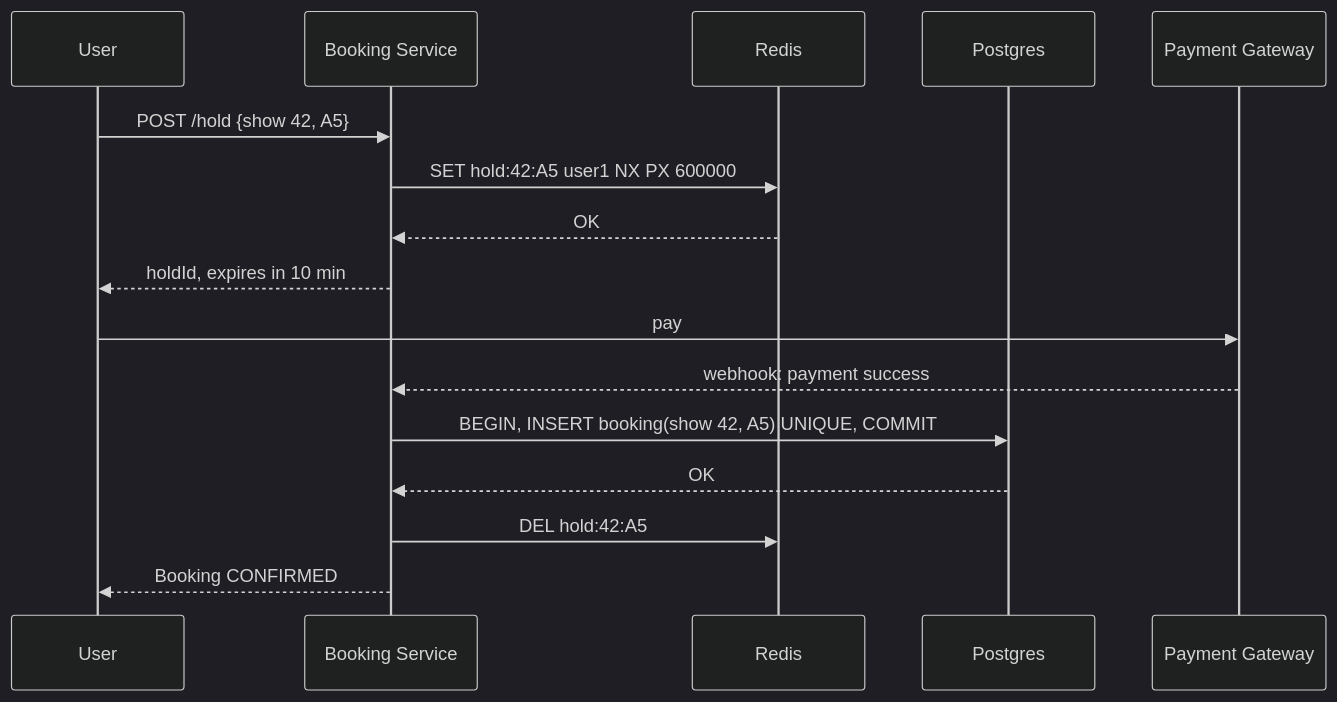
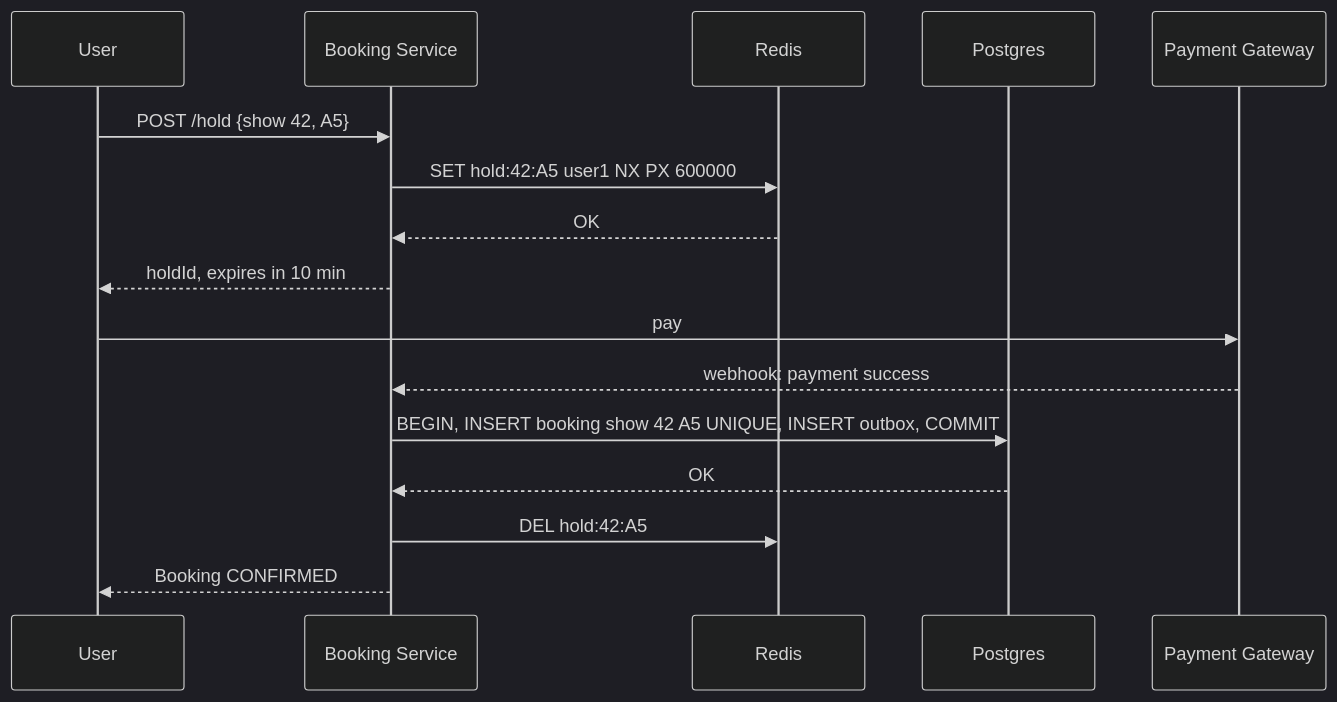
Before and after one commit to flow6979/system-design-prep: the second of 3 diagrams in content-en/02-questions/t1-05-bookmyshow.md, drawn with Mermaid (dark theme). The commit also changed other lines of this file and 61 other files, not shown here.

````diff
--- a/content-en/02-questions/t1-05-bookmyshow.md
+++ b/content-en/02-questions/t1-05-bookmyshow.md
@@ -105,18 +112,18 @@
 ```mermaid
 sequenceDiagram
   participant U as User
   participant B as Booking Service
   participant R as Redis
   participant DB as Postgres
   participant P as Payment Gateway
   U->>B: POST /hold {show 42, A5}
   B->>R: SET hold:42:A5 user1 NX PX 600000
   R-->>B: OK
   B-->>U: holdId, expires in 10 min
   U->>P: pay
   P-->>B: webhook: payment success
-  B->>DB: BEGIN, INSERT booking(show 42, A5) UNIQUE, COMMIT
+  B->>DB: BEGIN, INSERT booking show 42 A5 UNIQUE, INSERT outbox, COMMIT
   DB-->>B: OK
   B->>R: DEL hold:42:A5
   B-->>U: Booking CONFIRMED
 ```
````
